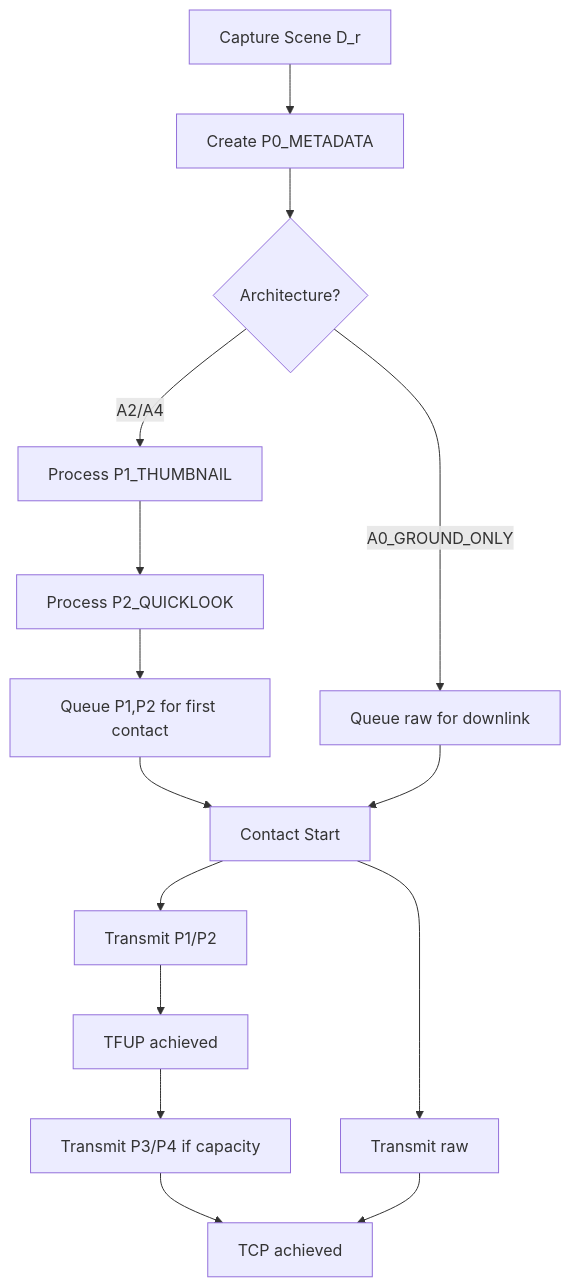
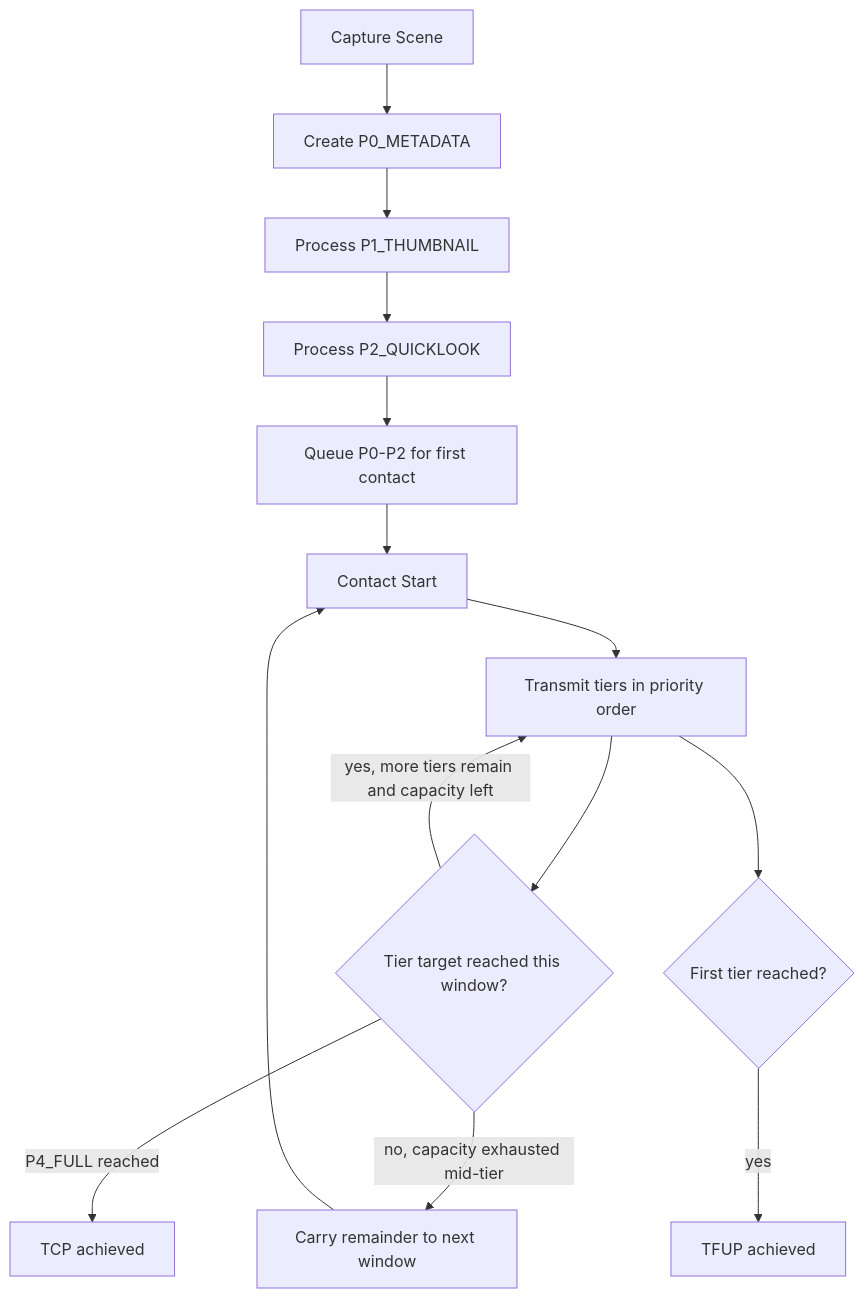
The fourth of 7 diagrams in docs/ARCHITECTURE_VIEWS.md (noahstephenson/leo-edge-architecture), drawn with Mermaid before and after one commit. The commit also changed other lines of this file and 4 other files, not shown here.

````diff
--- a/docs/ARCHITECTURE_VIEWS.md
+++ b/docs/ARCHITECTURE_VIEWS.md
@@ -144,17 +144,16 @@
 ```mermaid
 flowchart TD
-    A[Capture Scene D_r] --> B[Create P0_METADATA]
-    B --> C{Architecture?}
-    C -->|A0_GROUND_ONLY| D[Queue raw for downlink]
-    C -->|A2/A4| E[Process P1_THUMBNAIL]
-    E --> F[Process P2_QUICKLOOK]
-    F --> G[Queue P1,P2 for first contact]
-    G --> H[Contact Start]
-    H --> I[Transmit P1/P2]
-    I --> J[TFUP achieved]
-    J --> K[Transmit P3/P4 if capacity]
-    K --> L[TCP achieved]
-    D --> H
-    H --> M[Transmit raw]
-    M --> L
+    A[Capture Scene] --> B[Create P0_METADATA]
+    B --> C[Process P1_THUMBNAIL]
+    C --> D[Process P2_QUICKLOOK]
+    D --> E[Queue P0-P2 for first contact]
+    E --> F[Contact Start]
+    F --> G[Transmit tiers in priority order]
+    G --> H{Tier target reached this window?}
+    H -->|yes, more tiers remain and capacity left| G
+    H -->|no, capacity exhausted mid-tier| I[Carry remainder to next window]
+    I --> F
+    H -->|P4_FULL reached| J[TCP achieved]
+    G --> K{First tier reached?}
+    K -->|yes| L[TFUP achieved]
 ```
````
